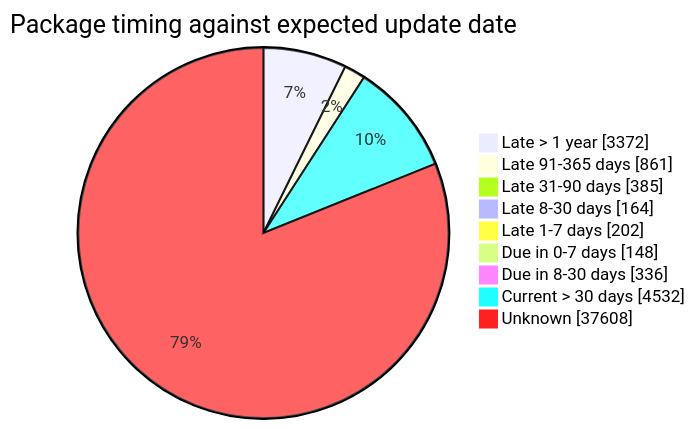
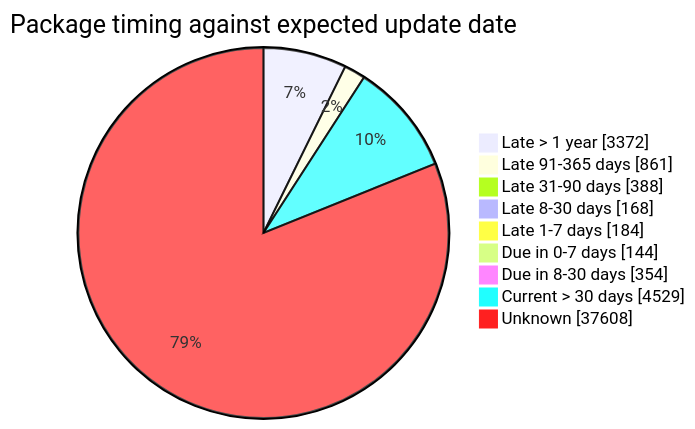
The fourth of 5 diagrams in FreshCheck/README.md (open-data/analytics-corporate-reporting), drawn with Mermaid before and after one commit. The commit also changed other lines of this file and 3 other files, not shown here.

````diff
--- a/FreshCheck/README.md
+++ b/FreshCheck/README.md
@@ -86,12 +86,12 @@
 ```mermaid
 pie showData title Package timing against expected update date
     "Late > 1 year": 3372
     "Late 91-365 days": 861
-    "Late 31-90 days": 385
-    "Late 8-30 days": 164
-    "Late 1-7 days": 202
-    "Due in 0-7 days": 148
-    "Due in 8-30 days": 336
-    "Current > 30 days": 4532
+    "Late 31-90 days": 388
+    "Late 8-30 days": 168
+    "Late 1-7 days": 184
+    "Due in 0-7 days": 144
+    "Due in 8-30 days": 354
+    "Current > 30 days": 4529
     "Unknown": 37608
 ```
````
